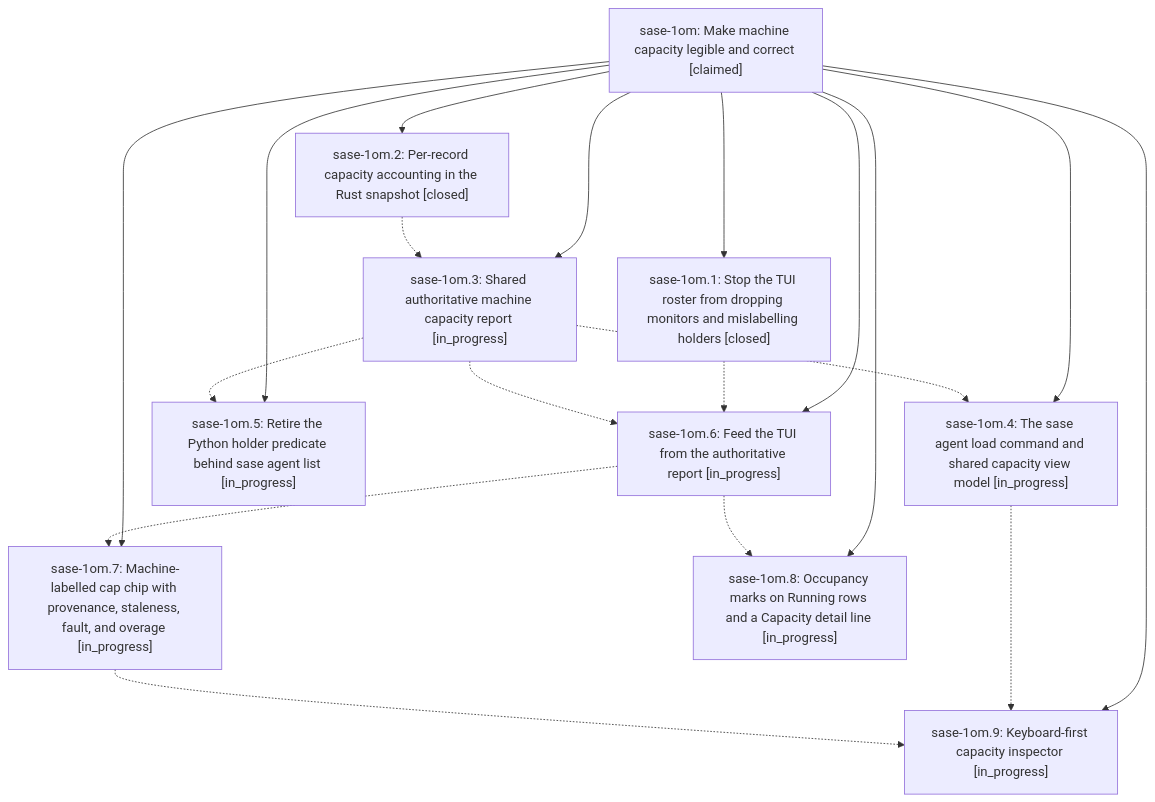
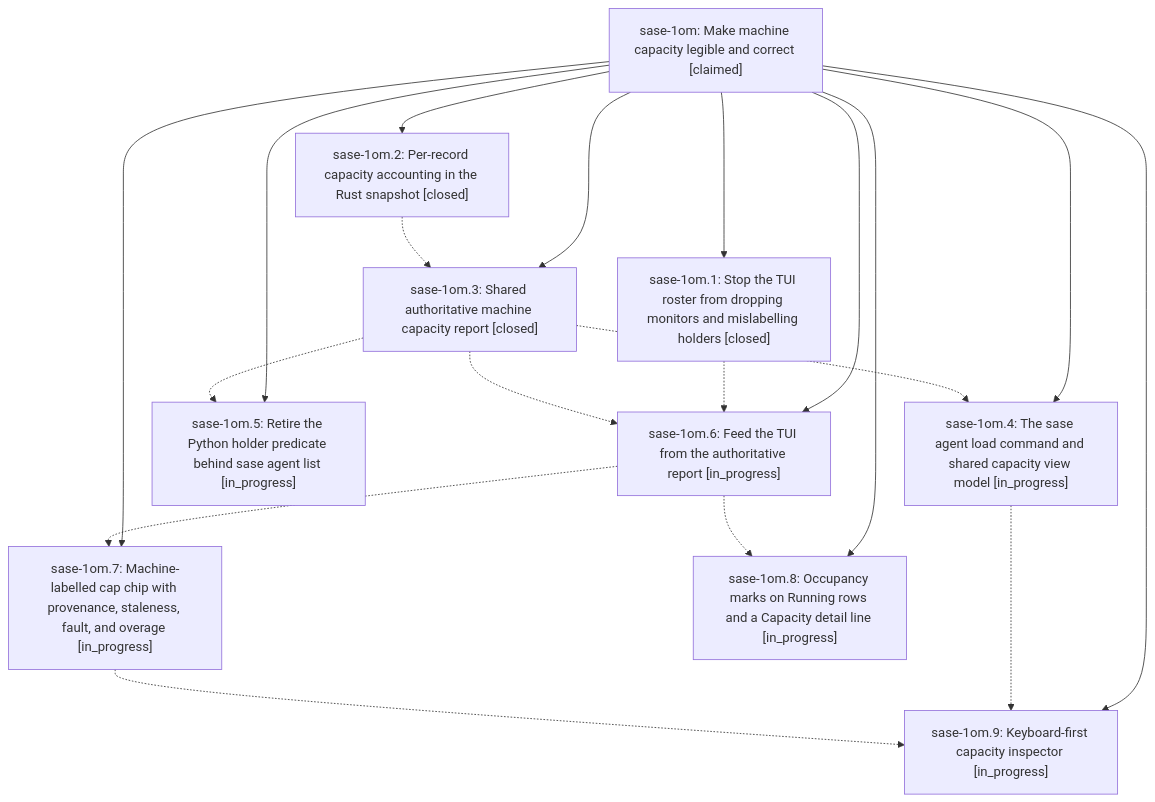
The diagram in pages/sase-1om/README.md (sase-org/sase--beads), drawn with Mermaid before and after one commit. The commit also changed other lines of this file and 5 other files, not shown here.

````diff
--- a/pages/sase-1om/README.md
+++ b/pages/sase-1om/README.md
@@ -42,31 +42,31 @@
 ```mermaid
 flowchart TD
     n0["sase-1om: Make machine capacity legible and correct [claimed]"]
     n1["sase-1om.1: Stop the TUI roster from dropping monitors and mislabelling holders [closed]"]
     n2["sase-1om.2: Per-record capacity accounting in the Rust snapshot [closed]"]
-    n3["sase-1om.3: Shared authoritative machine capacity report [in_progress]"]
+    n3["sase-1om.3: Shared authoritative machine capacity report [closed]"]
     n4["sase-1om.4: The sase agent load command and shared capacity view model [in_progress]"]
     n5["sase-1om.5: Retire the Python holder predicate behind sase agent list [in_progress]"]
     n6["sase-1om.6: Feed the TUI from the authoritative report [in_progress]"]
     n7["sase-1om.7: Machine-labelled cap chip with provenance, staleness, fault, and overage [in_progress]"]
     n8["sase-1om.8: Occupancy marks on Running rows and a Capacity detail line [in_progress]"]
     n9["sase-1om.9: Keyboard-first capacity inspector [in_progress]"]
     n0 --> n1
     n0 --> n2
     n0 --> n3
     n0 --> n4
     n0 --> n5
     n0 --> n6
     n0 --> n7
     n0 --> n8
     n0 --> n9
     n1 -.-> n6
     n2 -.-> n3
     n3 -.-> n4
     n3 -.-> n5
     n3 -.-> n6
     n4 -.-> n9
     n6 -.-> n7
     n6 -.-> n8
     n7 -.-> n9
 ```
````
